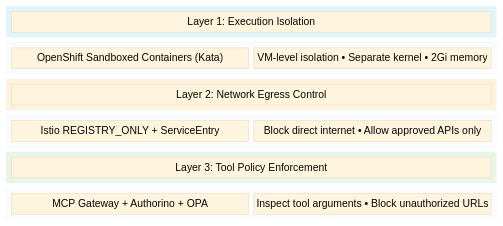
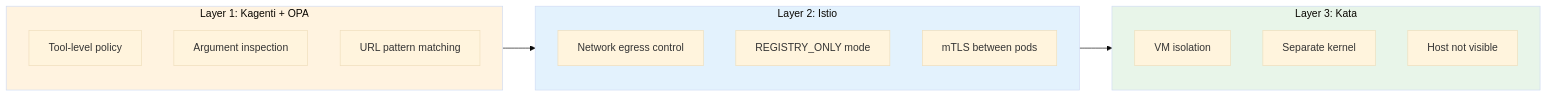
One commit to rrbanda/agent-sandbox-ocp changed the third of 3 diagrams in docs/architecture.md. Above: the diagram before and after it, drawn with Mermaid (base theme). The commit also changed other lines of this file and 1 other file, not shown here.

First line of the commit message:
Fix architecture diagram to show Kagenti Agent CRD + Kata

````diff
--- a/docs/architecture.md
+++ b/docs/architecture.md
@@ -85,32 +96,29 @@
 ```mermaid
-block-beta
-    columns 1
-    
-    block:Layer1
-        A["Layer 1: Execution Isolation"]
-    end
-    block:Tech1
-        B["OpenShift Sandboxed Containers (Kata)"]
-        C["VM-level isolation • Separate kernel • 2Gi memory"]
-    end
-    
-    block:Layer2
-        D["Layer 2: Network Egress Control"]
-    end
-    block:Tech2
-        E["Istio REGISTRY_ONLY + ServiceEntry"]
-        F["Block direct internet • Allow approved APIs only"]
-    end
-    
-    block:Layer3
-        G["Layer 3: Tool Policy Enforcement"]
-    end
-    block:Tech3
-        H["MCP Gateway + Authorino + OPA"]
-        I["Inspect tool arguments • Block unauthorized URLs"]
+flowchart LR
+    subgraph Layer1["Layer 1: Kagenti + OPA"]
+        direction TB
+        L1A["Tool-level policy"]
+        L1B["Argument inspection"]
+        L1C["URL pattern matching"]
     end
 
-    style Layer1 fill:#e1f5fe
-    style Layer2 fill:#fff3e0
+    subgraph Layer2["Layer 2: Istio"]
+        direction TB
+        L2A["Network egress control"]
+        L2B["REGISTRY_ONLY mode"]
+        L2C["mTLS between pods"]
+    end
+
+    subgraph Layer3["Layer 3: Kata"]
+        direction TB
+        L3A["VM isolation"]
+        L3B["Separate kernel"]
+        L3C["Host not visible"]
+    end
+
+    Layer1 --> Layer2 --> Layer3
+
+    style Layer1 fill:#fff3e0
+    style Layer2 fill:#e3f2fd
     style Layer3 fill:#e8f5e9
 ```
````
